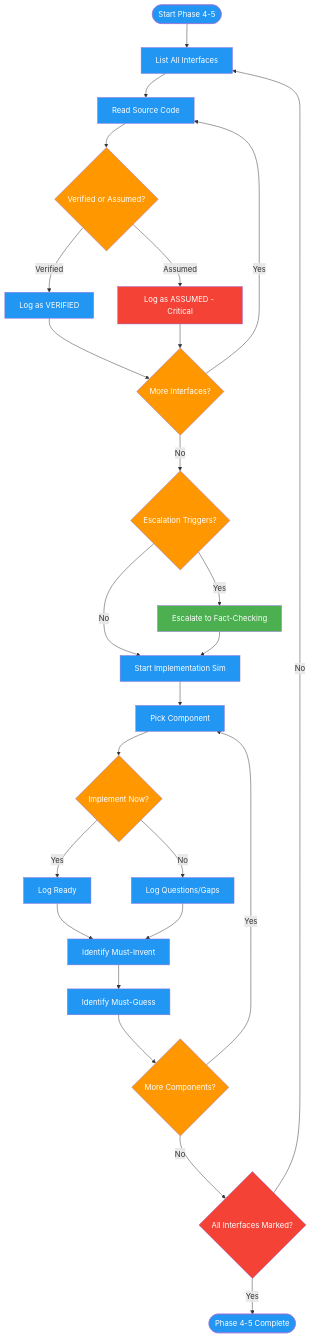
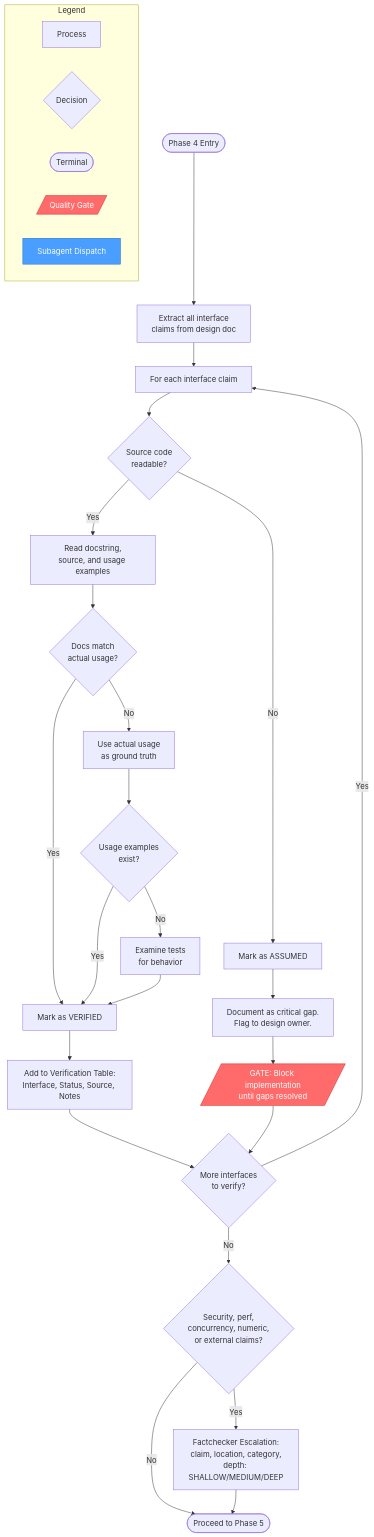
The second of 4 diagrams in docs/commands/review-design-verify.md (axiomantic/spellbook), drawn with Mermaid before and after one commit. The commit also changed other lines of this file and 217 other files, not shown here.

````diff
--- a/docs/commands/review-design-verify.md
+++ b/docs/commands/review-design-verify.md
@@ -7,59 +32,44 @@
 ```mermaid
 flowchart TD
-    Start([Start Phase 4-5]) --> Ifaces[List All Interfaces]
+    subgraph Legend
+        L1[Process]
+        L2{Decision}
+        L3([Terminal])
+        L4[/"Quality Gate"/]:::gate
+        L5[Subagent Dispatch]:::subagent
+    end
 
-    Ifaces --> ReadSrc[Read Source Code]
-    ReadSrc --> MarkV{Verified or Assumed?}
+    Start([Phase 4 Entry]) --> Extract[Extract all interface<br>claims from design doc]
+    Extract --> ForEach[For each interface claim]
 
-    MarkV -->|Verified| LogV[Log as VERIFIED]
-    MarkV -->|Assumed| LogA[Log as ASSUMED - Critical]
+    ForEach --> ReadSource{Source code<br>readable?}
+    ReadSource -->|Yes| ReadIt[Read docstring,<br>source, and usage examples]
+    ReadSource -->|No| MarkAssumed[Mark as ASSUMED]
 
-    LogV --> MoreIf{More Interfaces?}
-    LogA --> MoreIf
+    ReadIt --> CheckDocs{Docs match<br>actual usage?}
+    CheckDocs -->|Yes| MarkVerified[Mark as VERIFIED]
+    CheckDocs -->|No| UsageGround[Use actual usage<br>as ground truth]
+    UsageGround --> CheckTests{Usage examples<br>exist?}
+    CheckTests -->|Yes| MarkVerified
+    CheckTests -->|No| ExamineTests[Examine tests<br>for behavior]
+    ExamineTests --> MarkVerified
 
-    MoreIf -->|Yes| ReadSrc
-    MoreIf -->|No| Escalate{Escalation Triggers?}
+    MarkAssumed --> GapDoc[Document as critical gap.<br>Flag to design owner.]
+    GapDoc --> GapGate[/"GATE: Block implementation<br>until gaps resolved"/]:::gate
 
-    Escalate -->|Yes| FactCheck[Escalate to Fact-Checking]
-    Escalate -->|No| SimStart[Start Implementation Sim]
+    MarkVerified --> PopulateTable[Add to Verification Table:<br>Interface, Status, Source, Notes]
 
-    FactCheck --> SimStart
+    PopulateTable --> MoreInterfaces{More interfaces<br>to verify?}
+    GapGate --> MoreInterfaces
+    MoreInterfaces -->|Yes| ForEach
+    MoreInterfaces -->|No| CheckClaims{Security, perf,<br>concurrency, numeric,<br>or external claims?}
 
-    SimStart --> PickComp[Pick Component]
-    PickComp --> CanImpl{Implement Now?}
+    CheckClaims -->|Yes| Escalate[Factchecker Escalation:<br>claim, location, category,<br>depth: SHALLOW/MEDIUM/DEEP]
+    CheckClaims -->|No| Continue([Proceed to Phase 5])
 
-    CanImpl -->|Yes| LogReady[Log Ready]
-    CanImpl -->|No| LogQuestions[Log Questions/Gaps]
+    Escalate --> Continue
 
-    LogReady --> MustInvent[Identify Must-Invent]
-    LogQuestions --> MustInvent
-
-    MustInvent --> MustGuess[Identify Must-Guess]
-    MustGuess --> MoreComp{More Components?}
-
-    MoreComp -->|Yes| PickComp
-    MoreComp -->|No| AllMarked{All Interfaces Marked?}
-
-    AllMarked -->|Yes| Done([Phase 4-5 Complete])
-    AllMarked -->|No| Ifaces
-
-    style Start fill:#2196F3,color:#fff
-    style Done fill:#2196F3,color:#fff
-    style Ifaces fill:#2196F3,color:#fff
-    style ReadSrc fill:#2196F3,color:#fff
-    style LogV fill:#2196F3,color:#fff
-    style LogA fill:#f44336,color:#fff
-    style FactCheck fill:#4CAF50,color:#fff
-    style SimStart fill:#2196F3,color:#fff
-    style PickComp fill:#2196F3,color:#fff
-    style LogReady fill:#2196F3,color:#fff
-    style LogQuestions fill:#2196F3,color:#fff
-    style MustInvent fill:#2196F3,color:#fff
-    style MustGuess fill:#2196F3,color:#fff
-    style MarkV fill:#FF9800,color:#fff
-    style MoreIf fill:#FF9800,color:#fff
-    style Escalate fill:#FF9800,color:#fff
-    style CanImpl fill:#FF9800,color:#fff
-    style MoreComp fill:#FF9800,color:#fff
-    style AllMarked fill:#f44336,color:#fff
+    classDef gate fill:#ff6b6b,stroke:#c92a2a,color:#fff
+    classDef subagent fill:#4a9eff,stroke:#1971c2,color:#fff
+    classDef success fill:#51cf66,stroke:#2b8a3e,color:#fff
 ```
````
